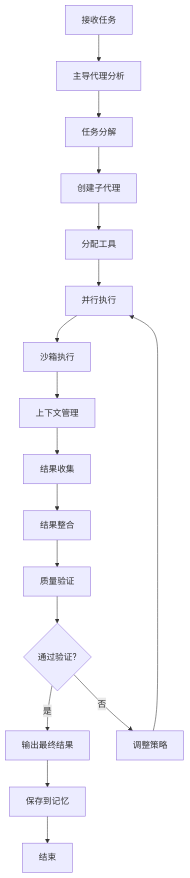
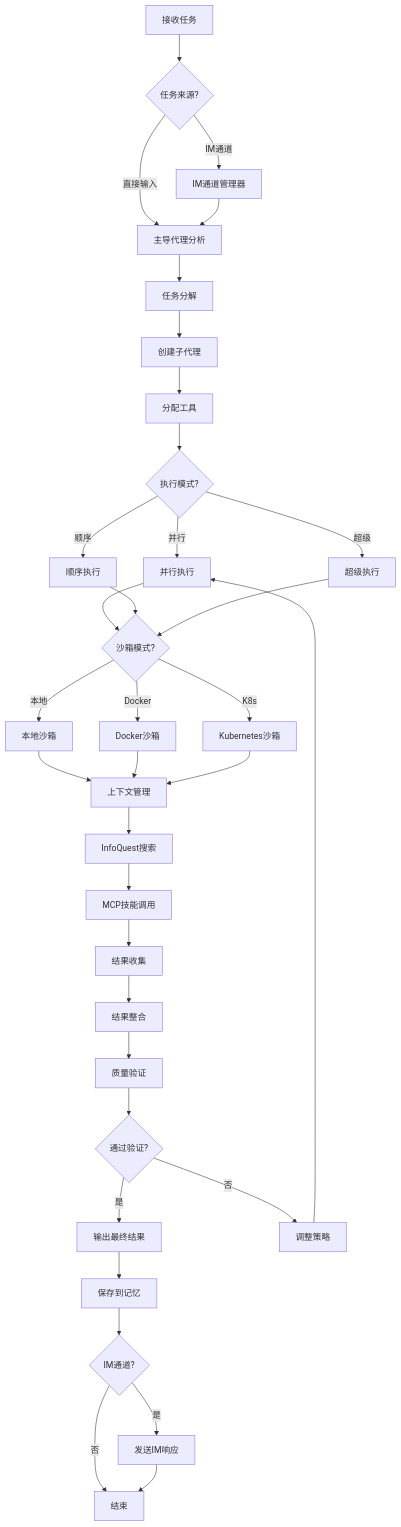
The diagram in trae/.skills/deerflow-adapter/SKILL.md (graymoi/LMAI001), drawn with Mermaid before and after one commit. The commit also changed other lines of this file, not shown here.

````diff
--- a/trae/.skills/deerflow-adapter/SKILL.md
+++ b/trae/.skills/deerflow-adapter/SKILL.md
@@ -612,19 +992,37 @@
 ```mermaid
 graph TD
-    A[接收任务] --> B[主导代理分析]
-    B --> C[任务分解]
-    C --> D[创建子代理]
-    D --> E[分配工具]
-    E --> F[并行执行]
-    F --> G[沙箱执行]
-    G --> H[上下文管理]
-    H --> I[结果收集]
-    I --> J[结果整合]
-    J --> K[质量验证]
-    K --> L{通过验证?}
-    L -->|是| M[输出最终结果]
-    L -->|否| N[调整策略]
-    N --> F
-    M --> O[保存到记忆]
-    O --> P[结束]
+    A[接收任务] --> B{任务来源?}
+    B -->|IM通道| C[IM通道管理器]
+    B -->|直接输入| D[主导代理分析]
+    C --> D
+    D --> E[任务分解]
+    E --> F[创建子代理]
+    F --> G[分配工具]
+    G --> H{执行模式?}
+    H -->|并行| I[并行执行]
+    H -->|顺序| J[顺序执行]
+    H -->|超级| K[超级执行]
+    I --> L{沙箱模式?}
+    J --> L
+    K --> L
+    L -->|本地| M[本地沙箱]
+    L -->|Docker| N[Docker沙箱]
+    L -->|K8s| O[Kubernetes沙箱]
+    M --> P[上下文管理]
+    N --> P
+    O --> P
+    P --> Q[InfoQuest搜索]
+    Q --> R[MCP技能调用]
+    R --> S[结果收集]
+    S --> T[结果整合]
+    T --> U[质量验证]
+    U --> V{通过验证?}
+    V -->|是| W[输出最终结果]
+    V -->|否| X[调整策略]
+    X --> I
+    W --> Y[保存到记忆]
+    Y --> Z{IM通道?}
+    Z -->|是| AA[发送IM响应]
+    Z -->|否| AB[结束]
+    AA --> AB
 ```
````
